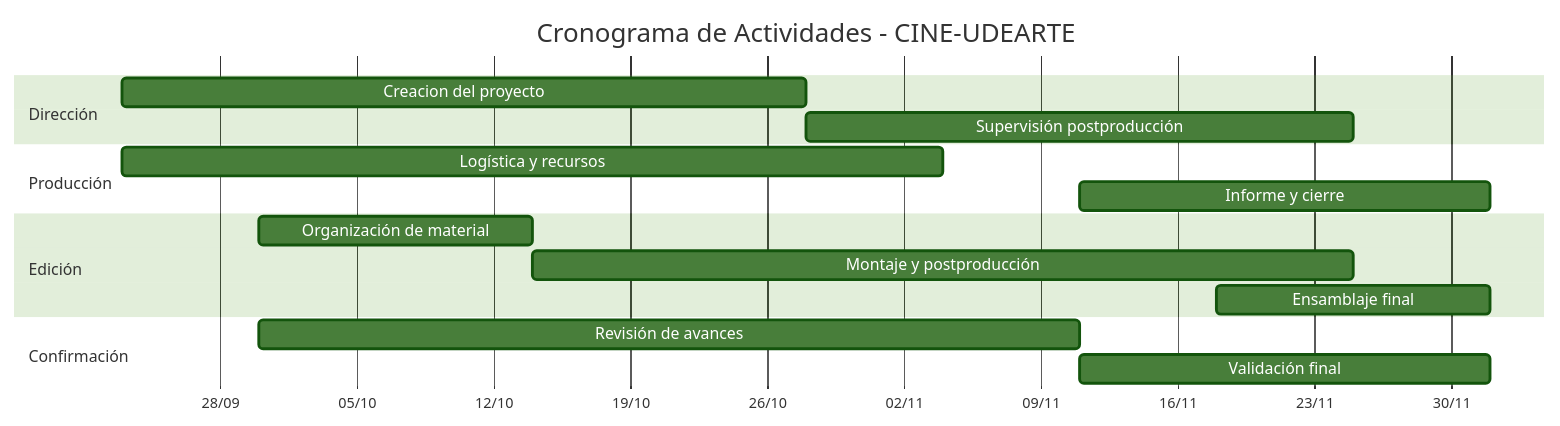
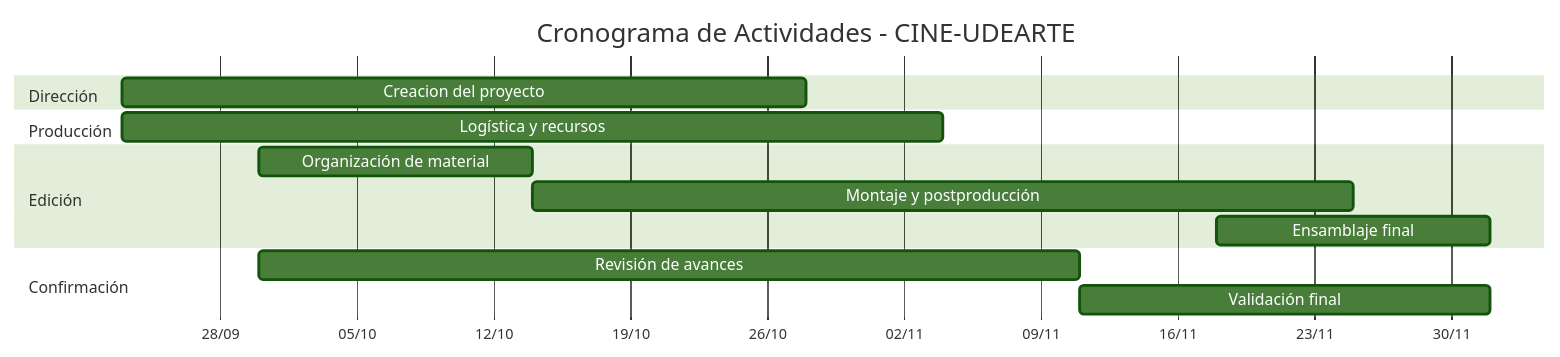
Before and after one commit to JonhyOC/CINE-UDEARTE: the diagram in README.md, drawn with Mermaid (forest theme).

````diff
--- a/README.md
+++ b/README.md
@@ -130,23 +130,22 @@
 ```mermaid
 gantt
     title Cronograma de Actividades - CINE-UDEARTE
     dateFormat  YYYY-MM-DD
     axisFormat  %d/%m
 
     section Dirección
     Creacion del proyecto             :dir1, 2025-09-23, 5w
-    Supervisión postproducción        :dir2, 2025-10-28, 4w
+    
 
     section Producción
     Logística y recursos              :prod1, 2025-09-23, 6w
-    Informe y cierre                  :prod2, 2025-11-11, 3w
-
+    
     section Edición
     Organización de material          :edit1, 2025-09-30, 2w
     Montaje y postproducción          :edit2, 2025-10-14, 6w
     Ensamblaje final                  :edit3, 2025-11-18, 2w
 
     section Confirmación
     Revisión de avances               :conf1, 2025-09-30, 6w
     Validación final                  :conf2, 2025-11-11, 3w
 ```
````
